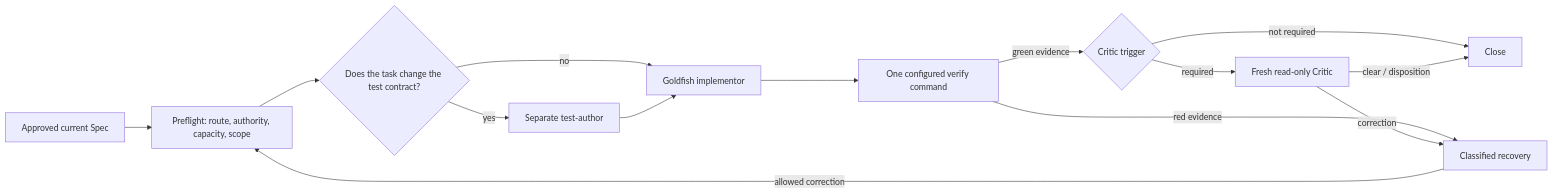
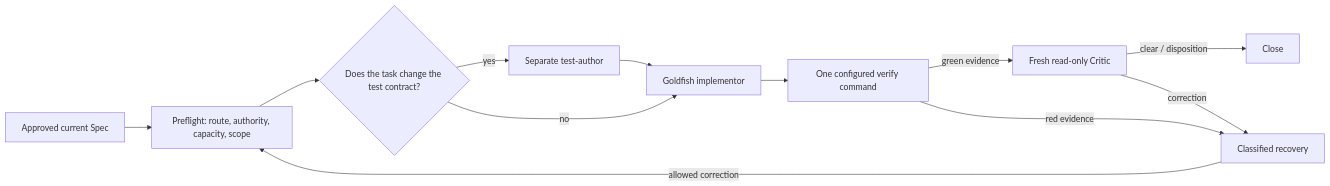
Before and after one commit to agent-pipe-shared/agent-pipeline: the second of 4 diagrams in PIPELINE_FLOW.md, drawn with Mermaid. The commit also changed other lines of this file and 6 other files, not shown here.

````diff
--- a/PIPELINE_FLOW.md
+++ b/PIPELINE_FLOW.md
@@ -158,16 +158,14 @@
 ```mermaid
 flowchart LR
     SP[Approved current Spec] --> PF[Preflight: route, authority, capacity, scope]
     PF --> TD{Does the task change the test contract?}
     TD -->|yes| T[Separate test-author]
     TD -->|no| G[Goldfish implementor]
     T --> G
     G --> VE[One configured verify command]
-    VE -->|green evidence| CR{Critic trigger}
+    VE -->|green evidence| CR[Fresh read-only Critic]
     VE -->|red evidence| RE[Classified recovery]
-    CR -->|required| CI[Fresh read-only Critic]
-    CR -->|not required| CO[Close]
-    CI -->|clear / disposition| CO
-    CI -->|correction| RE
+    CR -->|clear / disposition| CO[Close]
+    CR -->|correction| RE
     RE -->|allowed correction| PF
 ```
````
